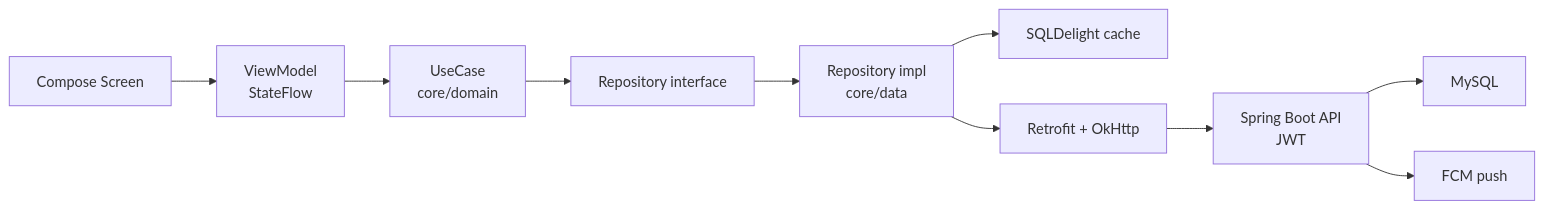
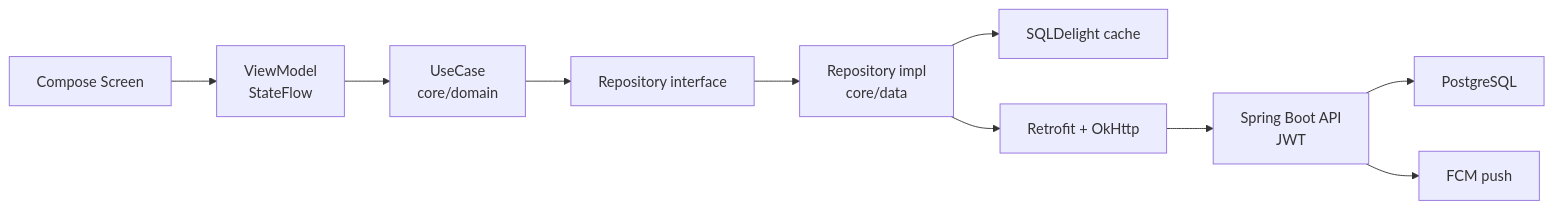
The diagram in docs/src/content/docs/mobile/index.mdx (transparenciapublicadev/plataforma-saip-apelaciones), drawn with Mermaid before and after one commit. The commit also changed 18 other files, not shown here.

Commit message:
📝 docs: update all documentation for PostgreSQL as default runtime

````diff
--- a/docs/src/content/docs/mobile/index.mdx
+++ b/docs/src/content/docs/mobile/index.mdx
@@ -90,12 +90,12 @@
 ```mermaid
 flowchart LR
     UI["Compose Screen"] --> VM["ViewModel\nStateFlow"]
     VM --> UC["UseCase\ncore/domain"]
     UC --> Repo["Repository interface"]
     Repo --> Impl["Repository impl\ncore/data"]
     Impl --> DB["SQLDelight cache"]
     Impl --> API["Retrofit + OkHttp"]
     API --> Backend["Spring Boot API\nJWT"]
-    Backend --> MySQL["MySQL"]
+    Backend --> PostgreSQL["PostgreSQL"]
     Backend --> FCM["FCM push"]
 ```
````
